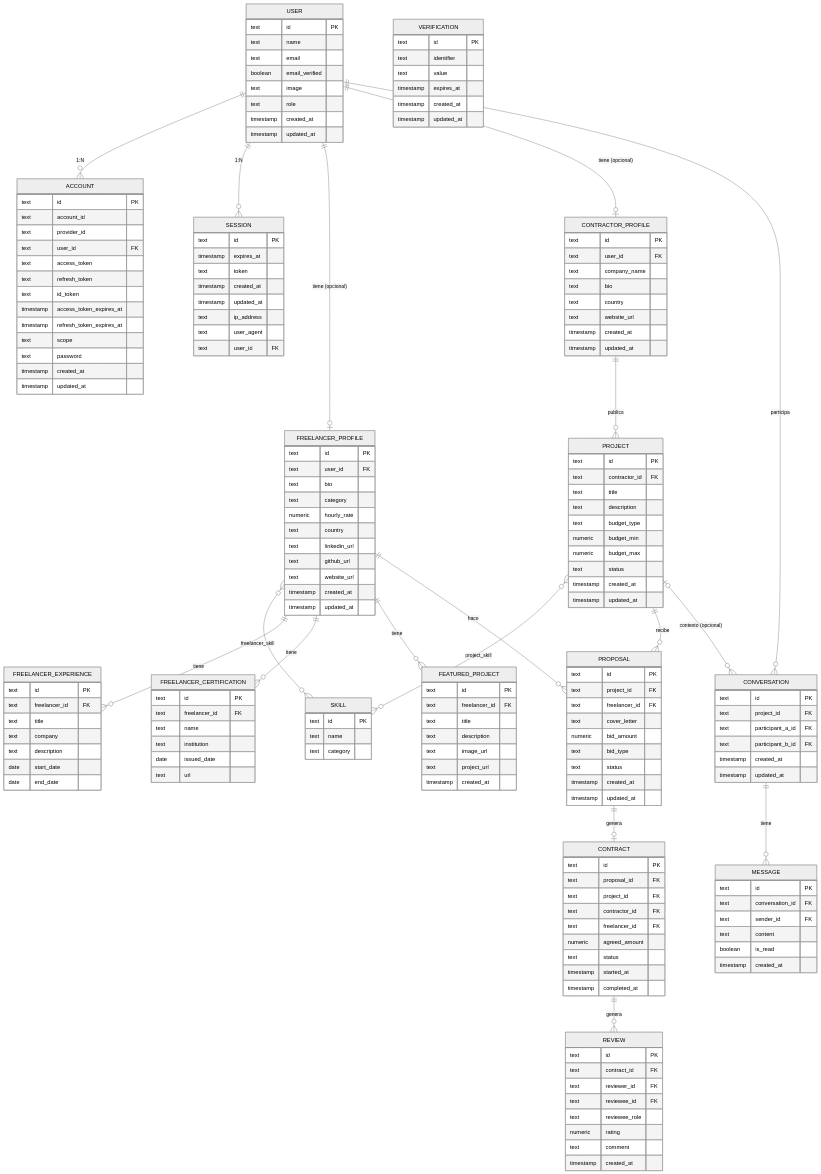
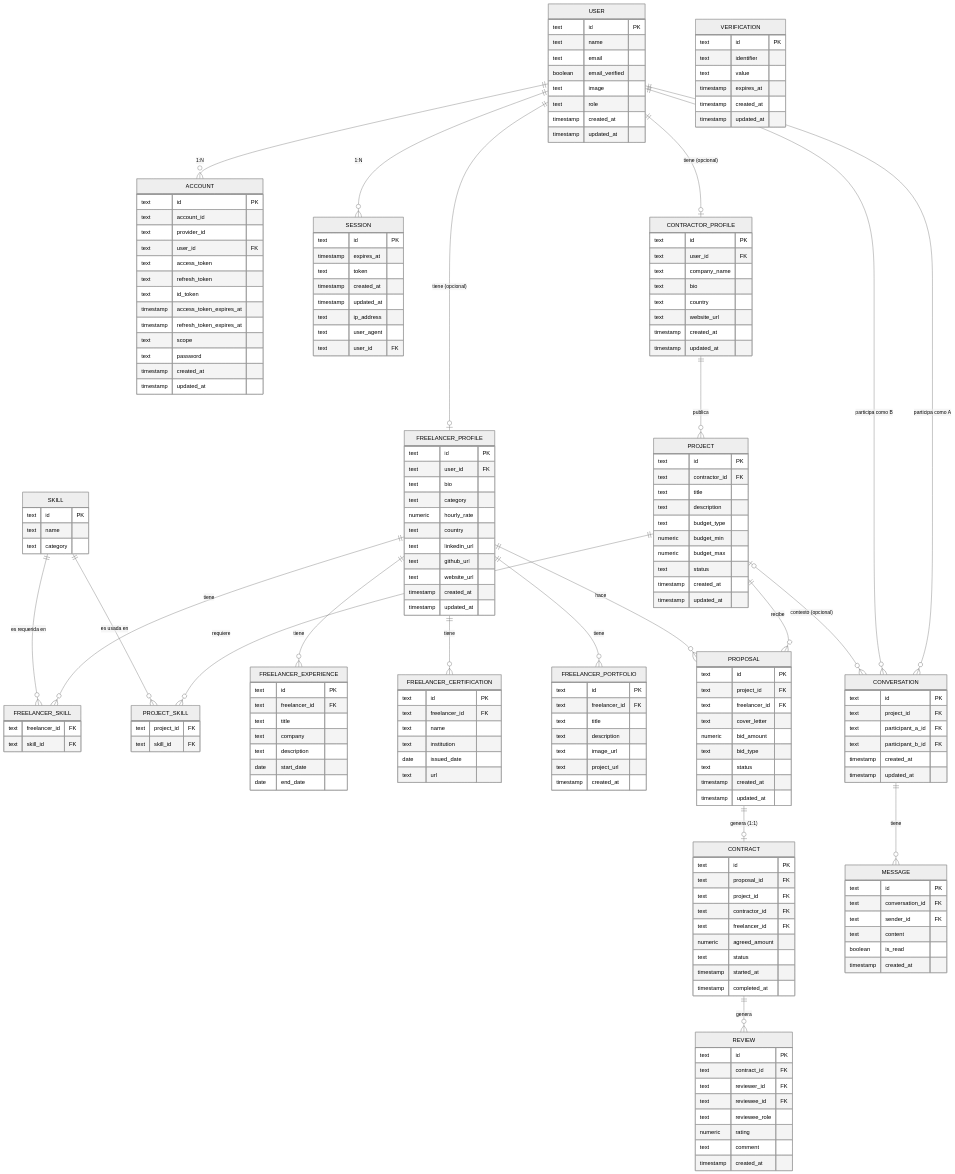
The diagram in server/ERdiagram.md (iDarkSSJ/workpage), drawn with Mermaid (neutral theme) before and after one commit. The commit also changed other lines of this file and 55 other files, not shown here.

````diff
--- a/server/ERdiagram.md
+++ b/server/ERdiagram.md
@@ -9,5 +15,9 @@
 ```mermaid
 erDiagram
+
+    %% ─────────────────────────────────────────
+    %% AUTH (Gestionado por Better Auth)
+    %% ─────────────────────────────────────────
 
     USER {
         text id PK
@@ -56,11 +66,9 @@
         timestamp updated_at
     }
 
-    SKILL {
-        text id PK
-        text name
-        text category
-    }
+    %% ─────────────────────────────────────────
+    %% PERFILES
+    %% ─────────────────────────────────────────
 
     FREELANCER_PROFILE {
         text id PK
@@ -87,6 +95,22 @@
         timestamp updated_at
     }
 
+    SKILL {
+        text id PK
+        text name
+        text category
+    }
+
+    FREELANCER_SKILL {
+        text freelancer_id FK
+        text skill_id FK
+    }
+
+    PROJECT_SKILL {
+        text project_id FK
+        text skill_id FK
+    }
+
     FREELANCER_EXPERIENCE {
         text id PK
         text freelancer_id FK
@@ -106,7 +130,7 @@
         text url
     }
 
-    FEATURED_PROJECT {
+    FREELANCER_PORTFOLIO {
         text id PK
         text freelancer_id FK
         text title
@@ -115,6 +139,10 @@
         text project_url
         timestamp created_at
     }
+
+    %% ─────────────────────────────────────────
+    %% FLUJO PRINCIPAL DE NEGOCIO
+    %% ─────────────────────────────────────────
 
     PROJECT {
         text id PK
@@ -164,6 +192,10 @@
         timestamp created_at
     }
 
+    %% ─────────────────────────────────────────
+    %% CHAT
+    %% ─────────────────────────────────────────
+
     CONVERSATION {
         text id PK
         text project_id FK
@@ -182,6 +214,10 @@
         timestamp created_at
     }
 
+    %% ─────────────────────────────────────────
+    %% RELACIONES
+    %% ─────────────────────────────────────────
+
     %% Auth
     USER ||--o{ ACCOUNT : "1:N"
     USER ||--o{ SESSION : "1:N"
@@ -190,26 +226,27 @@
     USER ||--o| FREELANCER_PROFILE : "tiene (opcional)"
     USER ||--o| CONTRACTOR_PROFILE : "tiene (opcional)"
 
-    %% Skills N:M
-    %% Las tablas pivot freelancer_skill y project_skill existen en la DB
-    %% pero no se muestran como entidad — }o--o{ las representa implícitamente
-    FREELANCER_PROFILE }o--o{ SKILL : "freelancer_skill"
-    PROJECT }o--o{ SKILL : "project_skill"
+    %% Skills N:M (via tablas pivot)
+    FREELANCER_PROFILE ||--o{ FREELANCER_SKILL : "tiene"
+    SKILL ||--o{ FREELANCER_SKILL : "es requerida en"
+    PROJECT ||--o{ PROJECT_SKILL : "requiere"
+    SKILL ||--o{ PROJECT_SKILL : "es usada en"
 
     %% Sub-entidades del freelancer
     FREELANCER_PROFILE ||--o{ FREELANCER_EXPERIENCE : "tiene"
     FREELANCER_PROFILE ||--o{ FREELANCER_CERTIFICATION : "tiene"
-    FREELANCER_PROFILE ||--o{ FEATURED_PROJECT : "tiene"
+    FREELANCER_PROFILE ||--o{ FREELANCER_PORTFOLIO : "tiene"
 
     %% Flujo principal de negocio
     CONTRACTOR_PROFILE ||--o{ PROJECT : "publica"
     PROJECT ||--o{ PROPOSAL : "recibe"
     FREELANCER_PROFILE ||--o{ PROPOSAL : "hace"
-    PROPOSAL ||--o| CONTRACT : "genera"
+    PROPOSAL ||--o| CONTRACT : "genera (1:1)"
     CONTRACT ||--o{ REVIEW : "genera"
 
-    %% Chat (mensajes enviados por USER, sin importar su rol activo)
-    USER ||--o{ CONVERSATION : "participa"
+    %% Chat
+    USER ||--o{ CONVERSATION : "participa como A"
+    USER ||--o{ CONVERSATION : "participa como B"
     CONVERSATION ||--o{ MESSAGE : "tiene"
     PROJECT |o--o{ CONVERSATION : "contexto (opcional)"
 ```
````
